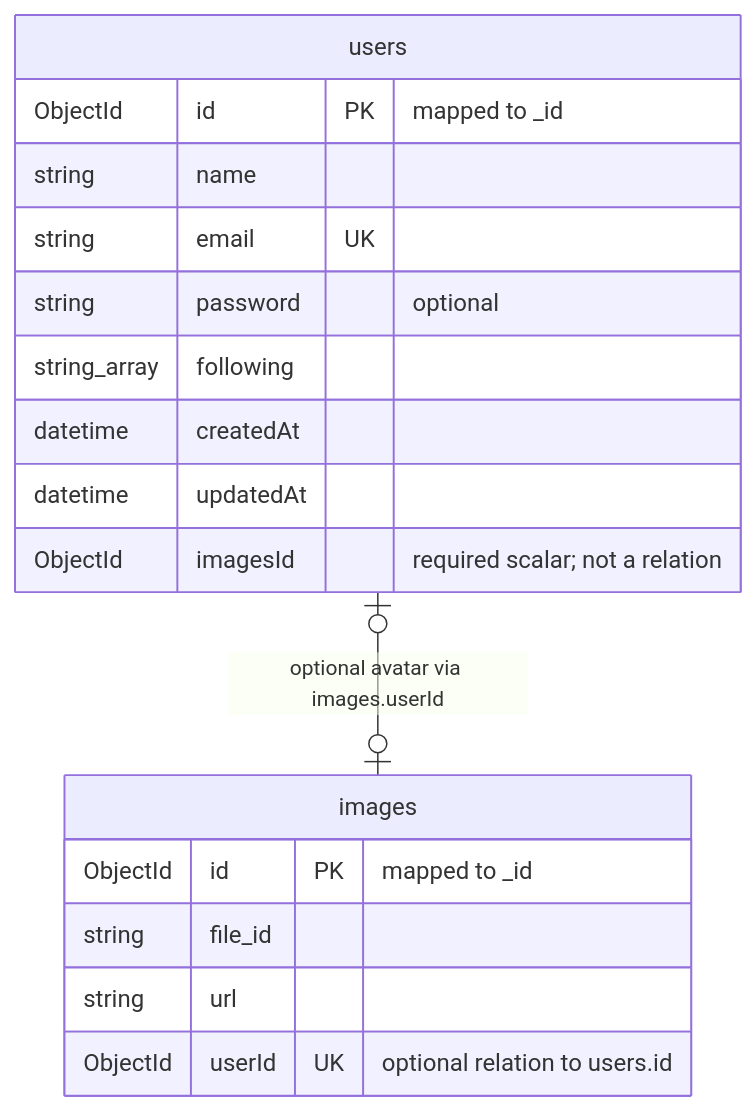
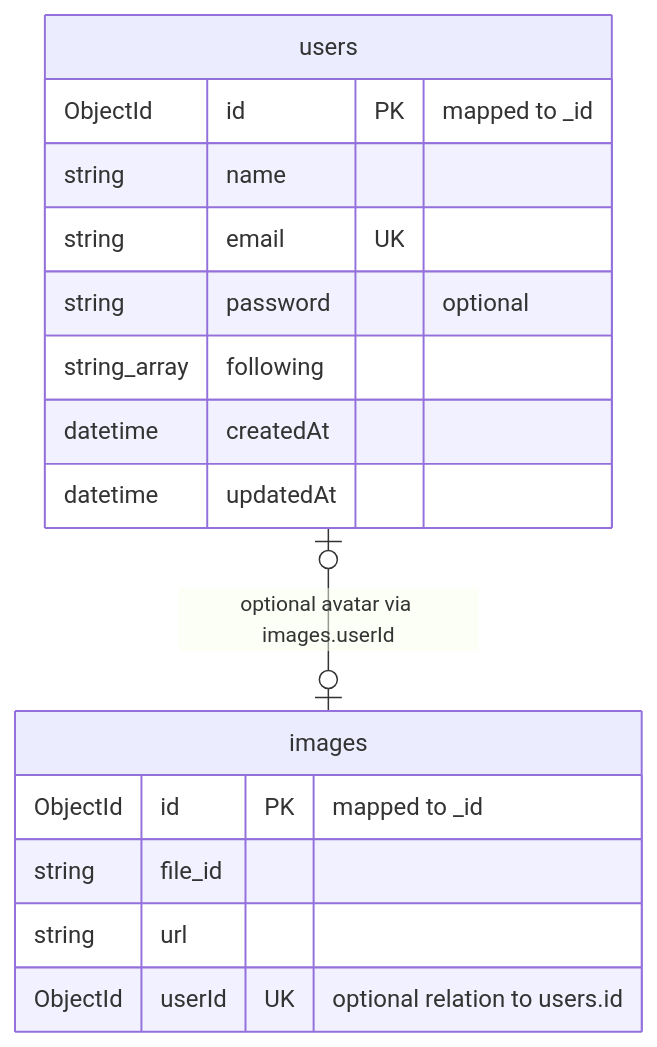
The diagram in docs/architecture/database-design.md (Kruskal892/Microservice-SaaS-E-commerce), drawn with Mermaid before and after one commit. The commit also changed other lines of this file and 16 other files, not shown here.

````diff
--- a/docs/architecture/database-design.md
+++ b/docs/architecture/database-design.md
@@ -15,20 +15,19 @@
 ```mermaid
 erDiagram
     users o|--o| images : "optional avatar via images.userId"
     users {
         ObjectId id PK "mapped to _id"
         string name
         string email UK
         string password "optional"
         string_array following
         datetime createdAt
         datetime updatedAt
-        ObjectId imagesId "required scalar; not a relation"
     }
     images {
         ObjectId id PK "mapped to _id"
         string file_id
         string url
         ObjectId userId UK "optional relation to users.id"
     }
 ```
````
